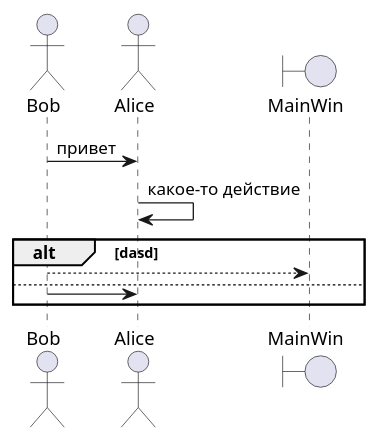
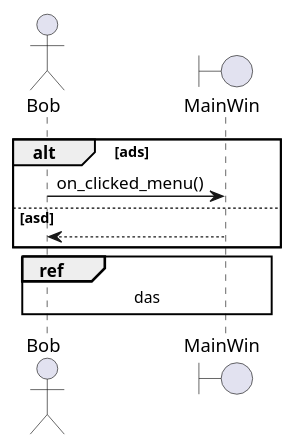
Before and after one commit to Leartiz/plantuml_to_structs_converter: the diagram in converter_2/description/regex/seq_puml.wsd, drawn with PlantUML. The commit also changed 11 other files, not shown here.

```diff
--- a/converter_2/description/regex/seq_puml.wsd
+++ b/converter_2/description/regex/seq_puml.wsd
@@ -1,18 +1,16 @@
 @startuml
 
 actor Bob
-actor Alice
 boundary MainWin
 
-Bob -> Alice : привет
-Alice -> Alice : какое-то действие
-
-
-
-alt dasd
-Bob --> MainWin
-else
-Bob -> Alice
+alt ads
+Bob -> MainWin : on_clicked_menu()
+else asd
+Bob <-- MainWin
 end
 
+ref over Bob, MainWin
+das
+end ref
+
 @enduml
```
